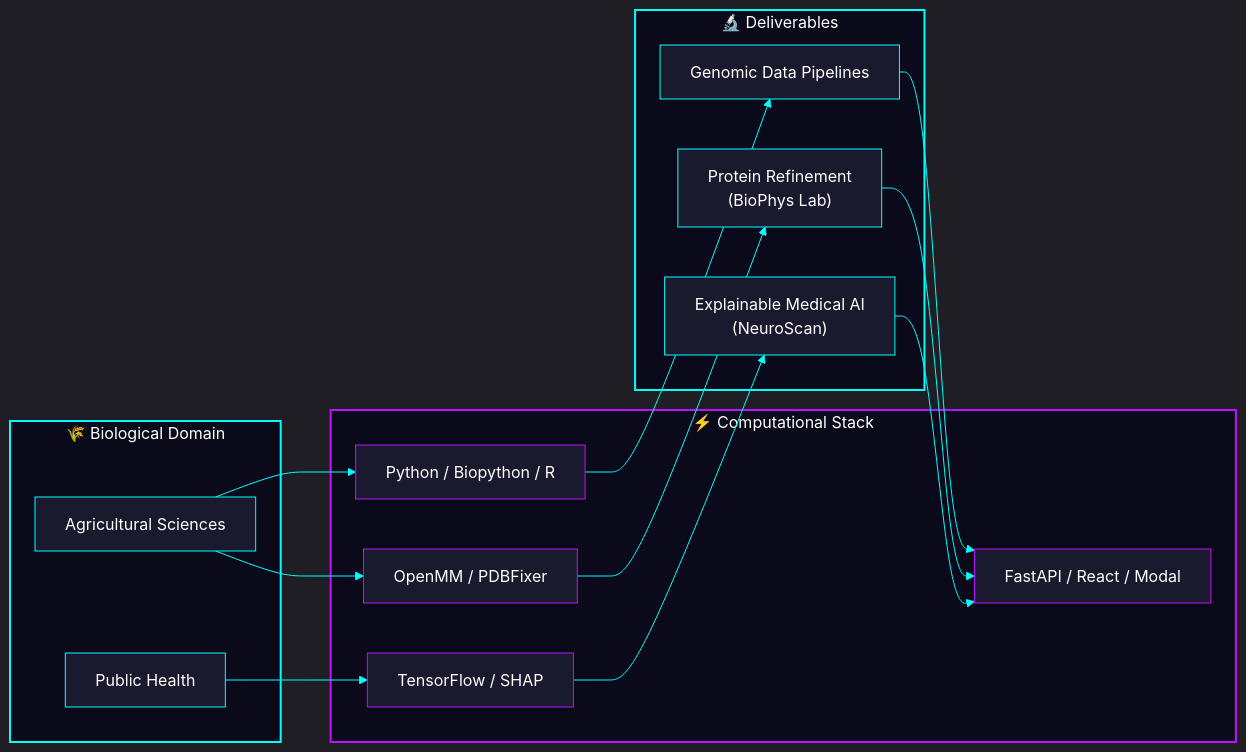
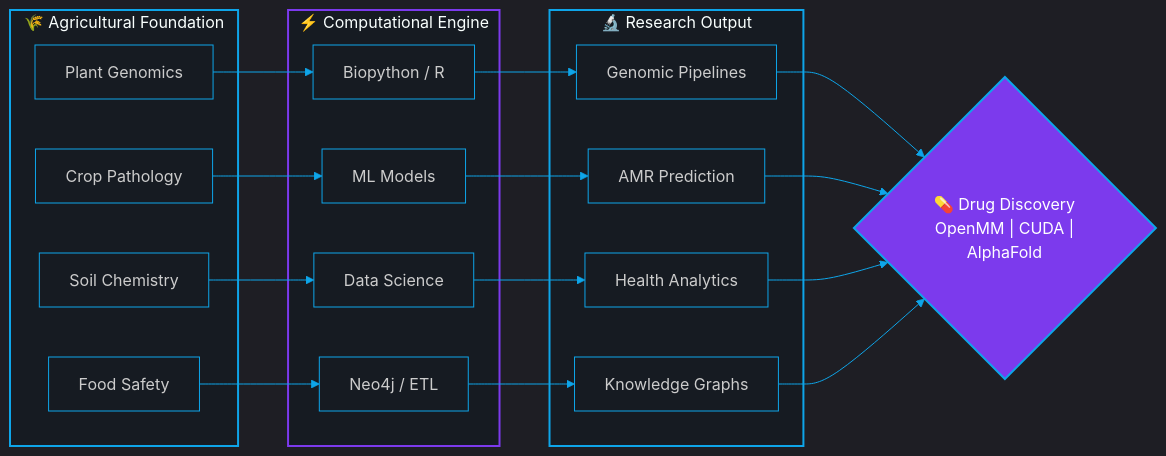
Before and after one commit to HassanAhmed2Ha/HassanAhmed2Ha: the diagram in README.md, drawn with Mermaid. The commit also changed other lines of this file, not shown here.

````diff
--- a/README.md
+++ b/README.md
@@ -318,41 +227,41 @@
 ```mermaid
-%%{init: {'theme': 'dark', 'themeVariables': {'primaryColor': '#BC13FE', 'primaryTextColor': '#FFFFFF', 'primaryBorderColor': '#00FFFF', 'lineColor': '#00FFFF', 'secondaryColor': '#000000', 'tertiaryColor': '#0a0a0a', 'background': '#000000', 'mainBkg': '#0a0a0a', 'nodeBorder': '#00FFFF', 'nodeTextColor': '#FFFFFF', 'clusterBkg': '#0a0a1a', 'clusterBorder': '#BC13FE', 'edgeLabelBackground': '#000000', 'titleColor': '#00FFFF'}}}%%
+%%{init: {'theme': 'dark', 'themeVariables': {'primaryColor': '#7C3AED', 'primaryTextColor': '#C9D1D9', 'primaryBorderColor': '#0EA5E9', 'lineColor': '#0EA5E9', 'secondaryColor': '#0D1117', 'tertiaryColor': '#161B22', 'background': '#0D1117', 'mainBkg': '#161B22', 'nodeBorder': '#0EA5E9', 'clusterBkg': '#0D1117', 'clusterBorder': '#7C3AED', 'edgeLabelBackground': '#0D1117'}}}%%
 flowchart LR
-    subgraph BIO["🌾 Biological Domain"]
-        A["Agricultural Sciences"]
-        B["Public Health"]
-    end
+    subgraph DOMAIN["🌾 Agricultural Foundation"]
+        A["Plant Genomics"]
+        B["Crop Pathology"]
+        C["Soil Chemistry"]
+        D["Food Safety"]
+    end
 
-    subgraph COMPUTE["⚡ Computational Stack"]
-        C["Python / Biopython / R"]
-        D["TensorFlow / SHAP"]
-        E["OpenMM / PDBFixer"]
-        F["FastAPI / React / Modal"]
-    end
+    subgraph COMPUTE["⚡ Computational Engine"]
+        E["Biopython / R"]
+        F["ML Models"]
+        G["Data Science"]
+        H["Neo4j / ETL"]
+    end
 
-    subgraph DELIVER["🔬 Deliverables"]
-        G["Genomic Data Pipelines"]
-        H["Explainable Medical AI\n(NeuroScan)"]
-        I["Protein Refinement\n(BioPhys Lab)"]
-    end
+    subgraph OUTPUT["🔬 Research Output"]
+        I["Genomic Pipelines"]
+        J["AMR Prediction"]
+        K["Health Analytics"]
+        L["Knowledge Graphs"]
+    end
 
-    A --> C --> G
-    B --> D --> H
-    A --> E --> I
-    G --> F
-    H --> F
-    I --> F
+    A --> E --> I
+    B --> F --> J
+    C --> G --> K
+    D --> H --> L
 
-    style BIO fill:#0a0a1a,stroke:#00FFFF,stroke-width:2px,color:#FFFFFF
-    style COMPUTE fill:#0a0a1a,stroke:#BC13FE,stroke-width:2px,color:#FFFFFF
-    style DELIVER fill:#0a0a1a,stroke:#00FFFF,stroke-width:2px,color:#FFFFFF
-    style A fill:#1a1a2e,stroke:#00FFFF,color:#FFFFFF
-    style B fill:#1a1a2e,stroke:#00FFFF,color:#FFFFFF
-    style C fill:#1a1a2e,stroke:#BC13FE,color:#FFFFFF
-    style D fill:#1a1a2e,stroke:#BC13FE,color:#FFFFFF
-    style E fill:#1a1a2e,stroke:#BC13FE,color:#FFFFFF
-    style F fill:#1a1a2e,stroke:#BC13FE,color:#FFFFFF
-    style G fill:#1a1a2e,stroke:#00FFFF,color:#FFFFFF
-    style H fill:#1a1a2e,stroke:#00FFFF,color:#FFFFFF
-    style I fill:#1a1a2e,stroke:#00FFFF,color:#FFFFFF
+    I --> M
+    J --> M
+    K --> M
+    L --> M
+
+    M{"💊 Drug Discovery\n OpenMM | CUDA | AlphaFold"}
+
+    style DOMAIN fill:#161B22,stroke:#0EA5E9,stroke-width:2px
+    style COMPUTE fill:#161B22,stroke:#7C3AED,stroke-width:2px
+    style OUTPUT fill:#161B22,stroke:#0EA5E9,stroke-width:2px
+    style M fill:#7C3AED,stroke:#0EA5E9,stroke-width:2px,color:#ffffff
 ```
````
